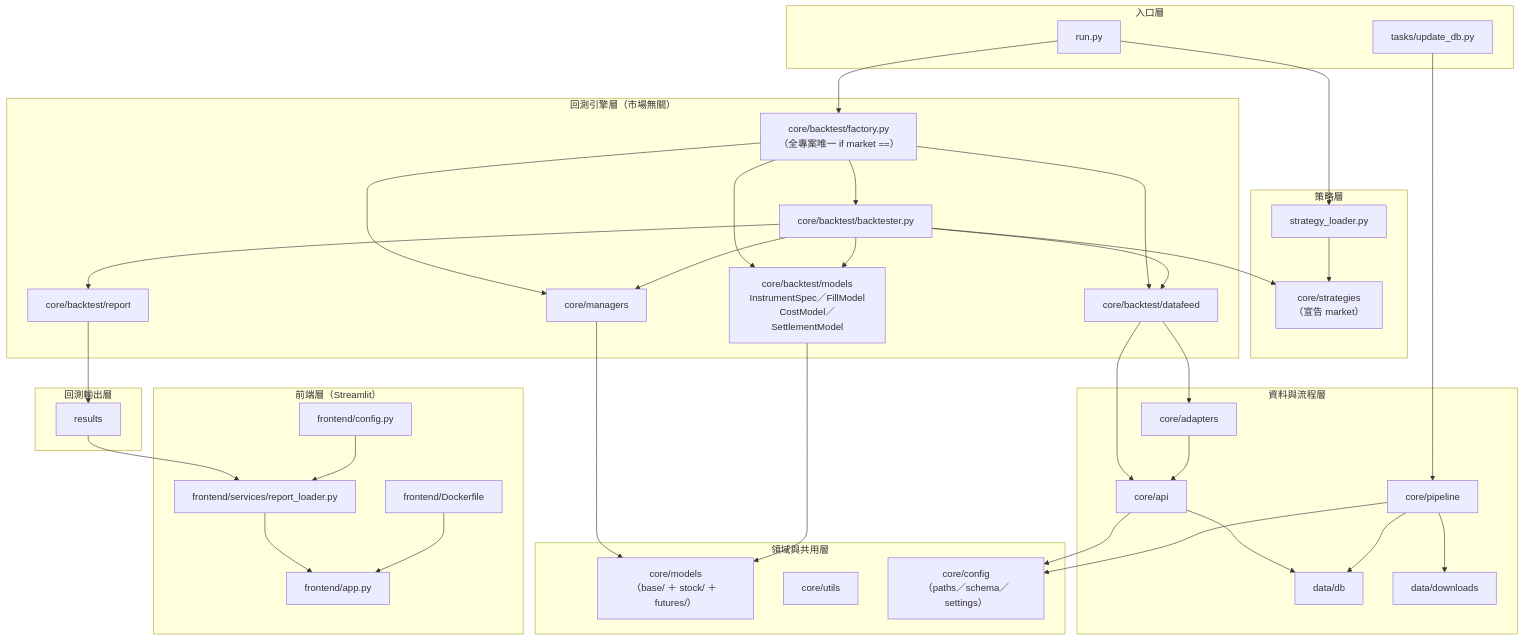
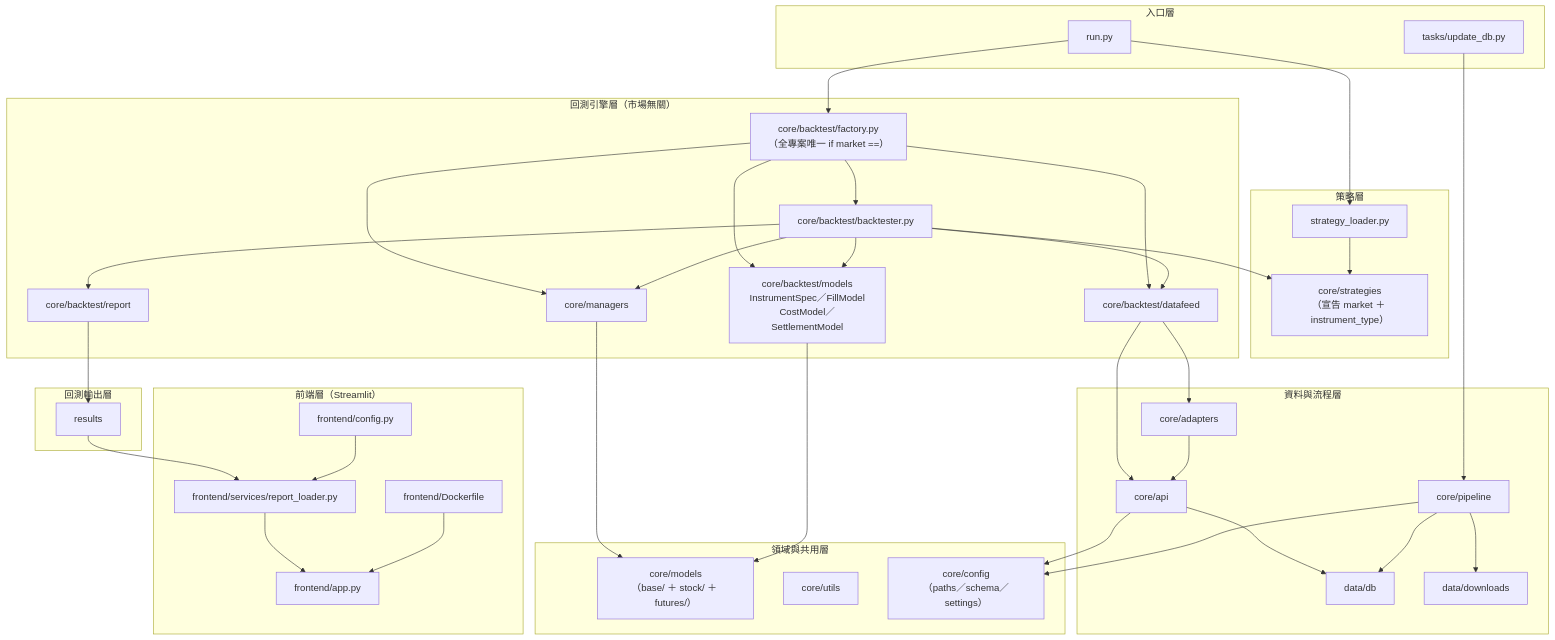
Before and after one commit to kuo220/AlphaEdge: the diagram in README_zh.md, drawn with Mermaid. The commit also changed other lines of this file and 4 other files, not shown here.

````diff
--- a/README_zh.md
+++ b/README_zh.md
@@ -11,75 +11,75 @@
 ```mermaid
 graph TB
     subgraph entry ["入口層"]
         RunPy["run.py"]
         Tasks["tasks/update_db.py"]
     end
 
     subgraph strategy_layer ["策略層"]
-        Strategies["core/strategies<br/>（宣告 market）"]
+        Strategies["core/strategies<br/>（宣告 market ＋ instrument_type）"]
         Loader["strategy_loader.py"]
     end
 
     subgraph engine_layer ["回測引擎層（市場無關）"]
         Factory["core/backtest/factory.py<br/>（全專案唯一 if market ==）"]
         Backtester["core/backtest/backtester.py"]
         BTModels["core/backtest/models<br/>InstrumentSpec／FillModel<br/>CostModel／SettlementModel"]
         Feed["core/backtest/datafeed"]
         Managers["core/managers"]
         Report["core/backtest/report"]
     end
 
     subgraph domain_layer ["領域與共用層"]
         Models["core/models<br/>（base/ ＋ stock/ ＋ futures/）"]
         Utils["core/utils"]
         Config["core/config<br/>（paths／schema／settings）"]
     end
 
     subgraph data_layer ["資料與流程層"]
         API["core/api"]
         Adapters["core/adapters"]
         Pipeline["core/pipeline"]
         DB["data/db"]
         Data["data/downloads"]
     end
 
     subgraph output_layer ["回測輸出層"]
         Results["results"]
     end
 
     subgraph frontend_layer ["前端層（Streamlit）"]
         FrontendApp["frontend/app.py"]
         FrontendService["frontend/services/report_loader.py"]
         FrontendConfig["frontend/config.py"]
         FrontendDocker["frontend/Dockerfile"]
     end
 
     RunPy --> Loader
     Loader --> Strategies
     RunPy --> Factory
     Factory --> Backtester
     Factory --> BTModels
     Factory --> Feed
     Factory --> Managers
     Backtester --> Strategies
     Backtester --> BTModels
     Backtester --> Feed
     Backtester --> Managers
     Backtester --> Report
     Managers --> Models
     BTModels --> Models
     Feed --> API
     Feed --> Adapters
     API --> DB
     Adapters --> API
     API --> Config
     Pipeline --> Config
     Tasks --> Pipeline
     Pipeline --> DB
     Pipeline --> Data
     Report --> Results
     Results --> FrontendService
     FrontendConfig --> FrontendService
     FrontendService --> FrontendApp
     FrontendDocker --> FrontendApp
 ```
````
